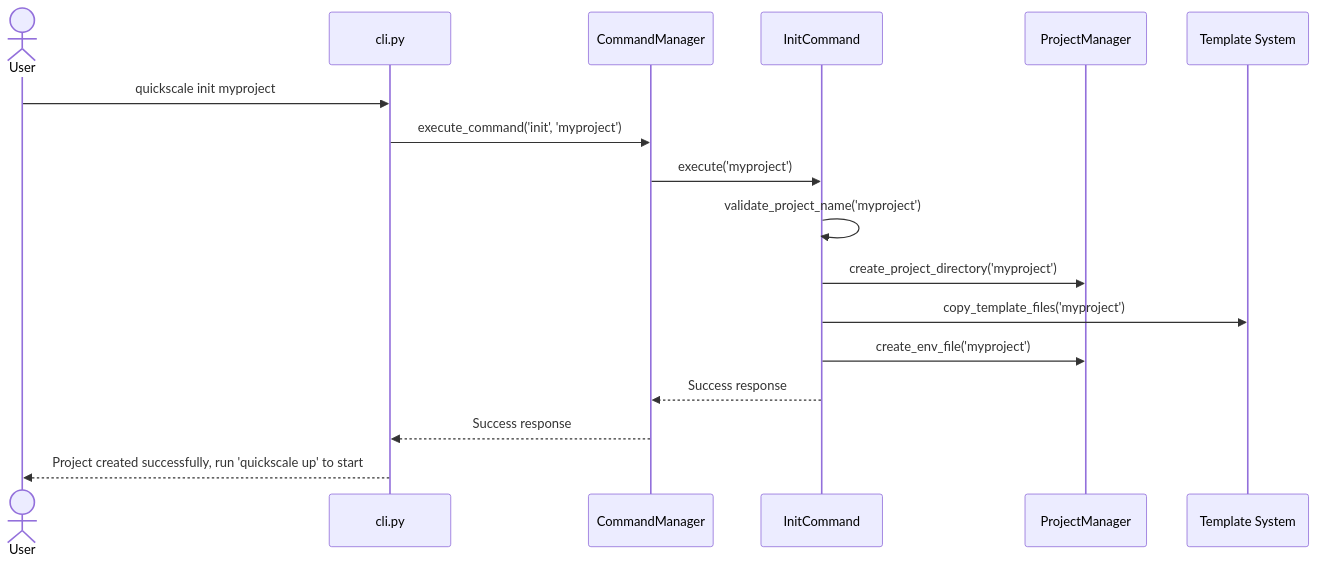
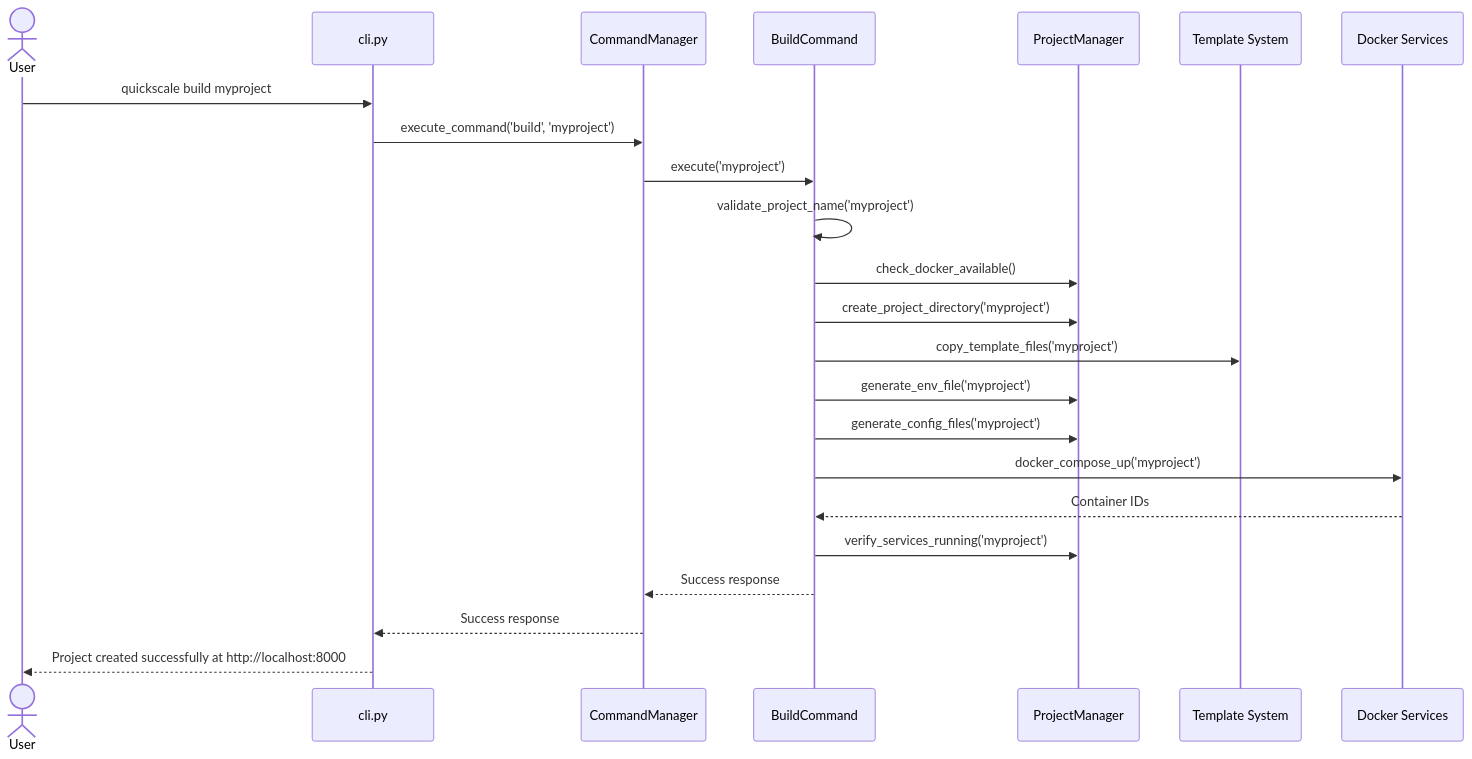
The first of 6 diagrams in TECHNICAL_DOCS.md (Experto-AI/quickscale), drawn with Mermaid before and after one commit. The commit also changed other lines of this file and 248 other files, not shown here.

````diff
--- a/TECHNICAL_DOCS.md
+++ b/TECHNICAL_DOCS.md
@@ -412,26 +243,34 @@
 ```mermaid
 sequenceDiagram
     actor User
     participant CLI as cli.py
     participant CM as CommandManager
-    participant IC as InitCommand
+    participant BC as BuildCommand
     participant PM as ProjectManager
     participant TS as Template System
+    participant Docker as Docker Services
     
-    User->>CLI: quickscale init myproject
-    CLI->>CM: execute_command('init', 'myproject')
-    CM->>IC: execute('myproject')
+    User->>CLI: quickscale build myproject
+    CLI->>CM: execute_command('build', 'myproject')
+    CM->>BC: execute('myproject')
     
     %% Validation phase
-    IC->>IC: validate_project_name('myproject')
+    BC->>BC: validate_project_name('myproject')
+    BC->>PM: check_docker_available()
     
     %% Setup phase
-    IC->>PM: create_project_directory('myproject')
-    IC->>TS: copy_template_files('myproject')
-    IC->>PM: create_env_file('myproject')
+    BC->>PM: create_project_directory('myproject')
+    BC->>TS: copy_template_files('myproject')
+    BC->>PM: generate_env_file('myproject')
+    BC->>PM: generate_config_files('myproject')
+    
+    %% Launch phase
+    BC->>Docker: docker_compose_up('myproject')
+    Docker-->>BC: Container IDs
     
     %% Finalization
-    IC-->>CM: Success response
+    BC->>PM: verify_services_running('myproject')
+    BC-->>CM: Success response
     CM-->>CLI: Success response
-    CLI-->>User: Project created successfully, run 'quickscale up' to start
+    CLI-->>User: Project created successfully at http://localhost:8000
 ```
````
